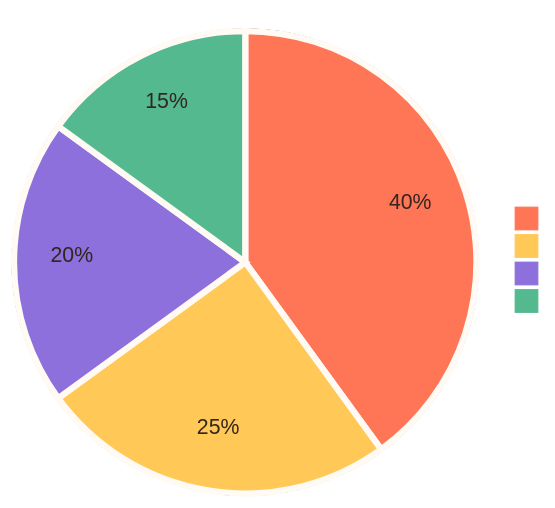
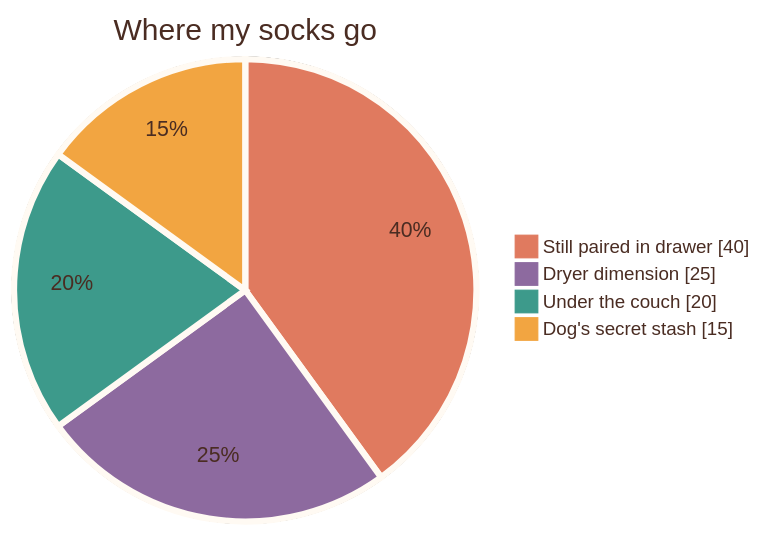
One commit to LaurAndreea10/-CodePen-Challenge-Baked-Charts changed the diagram in pie.mmd. Above: the diagram before and after it, drawn with Mermaid.

Commit message:
Update pie chart colors and text sizes

```diff
--- a/pie.mmd
+++ b/pie.mmd
@@ -1,24 +1,24 @@
 %%{init: {
   "theme": "base",
   "themeVariables": {
     "fontFamily": "DM Sans, Arial, sans-serif",
-    "pie1": "#ff7657",
-    "pie2": "#ffc857",
-    "pie3": "#8d70dc",
-    "pie4": "#55b990",
+    "pie1": "#e07a5f",
+    "pie2": "#8d6a9f",
+    "pie3": "#3d9a8b",
+    "pie4": "#f2a541",
     "pieStrokeColor": "#fffaf3",
     "pieStrokeWidth": "5px",
     "pieOpacity": "1",
-    "pieTitleTextSize": "0px",
+    "pieTitleTextSize": "24px",
     "pieSectionTextSize": "17px",
-    "pieLegendTextSize": "0px",
-    "textColor": "#34251f"
+    "pieLegendTextSize": "15px",
+    "textColor": "#4a2c22"
   }
 }}%%
 
 pie showData
   title Where my socks go
   "Still paired in drawer" : 40
   "Dryer dimension" : 25
   "Under the couch" : 20
   "Dog's secret stash" : 15
```
